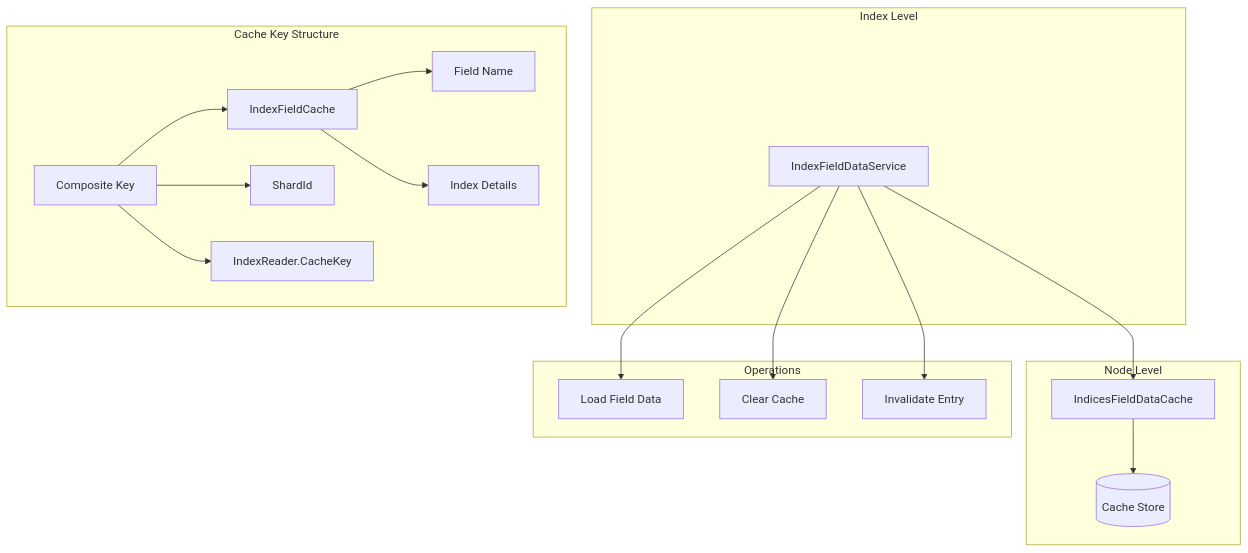
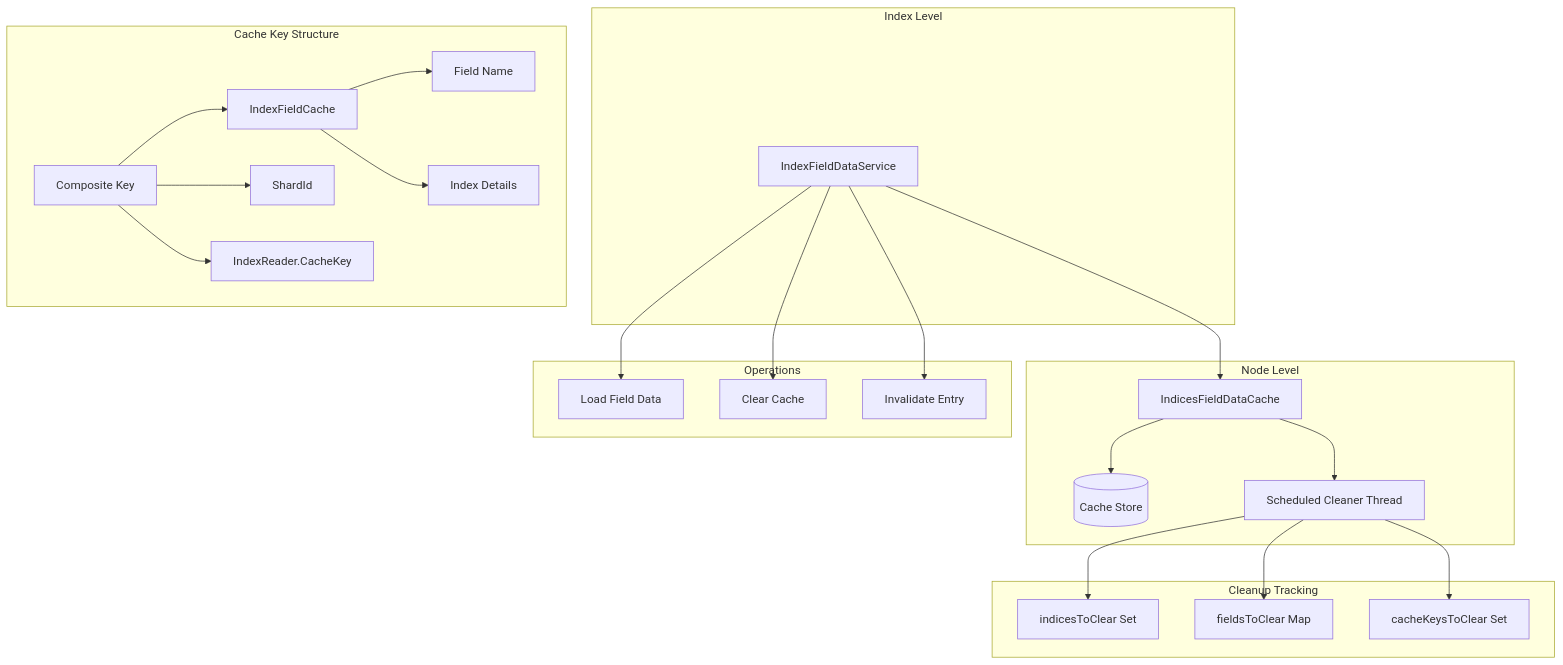
One commit to tkykenmt/opensearch-feature-explorer changed the first of 2 diagrams in docs/features/opensearch/field-data-cache.md. Above: the diagram before and after it, drawn with Mermaid. The commit also changed other lines of this file and 2 other files, not shown here.

Commit message:
docs: add field-data-cache report for v3.3.0 (#1496)

````diff
--- a/docs/features/opensearch/field-data-cache.md
+++ b/docs/features/opensearch/field-data-cache.md
@@ -11,31 +11,41 @@
 ```mermaid
 graph TB
     subgraph "Node Level"
         IFC[IndicesFieldDataCache]
         IFC --> Cache[(Cache Store)]
+        IFC --> Cleaner[Scheduled Cleaner Thread]
     end
     
     subgraph "Index Level"
         IFDS[IndexFieldDataService]
         IFDS --> IFC
     end
     
     subgraph "Cache Key Structure"
         Key[Composite Key]
         Key --> IF[IndexFieldCache]
         Key --> SID[ShardId]
         Key --> RCK[IndexReader.CacheKey]
         IF --> FN[Field Name]
         IF --> IDX[Index Details]
     end
     
+    subgraph "Cleanup Tracking"
+        indicesToClear[indicesToClear Set]
+        fieldsToClear[fieldsToClear Map]
+        cacheKeysToClear[cacheKeysToClear Set]
+    end
+    
     subgraph "Operations"
         Load[Load Field Data]
         Clear[Clear Cache]
         Invalidate[Invalidate Entry]
     end
     
     IFDS --> Load
     IFDS --> Clear
     IFDS --> Invalidate
+    Cleaner --> indicesToClear
+    Cleaner --> fieldsToClear
+    Cleaner --> cacheKeysToClear
 ```
````
